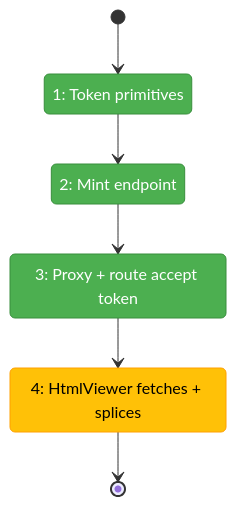
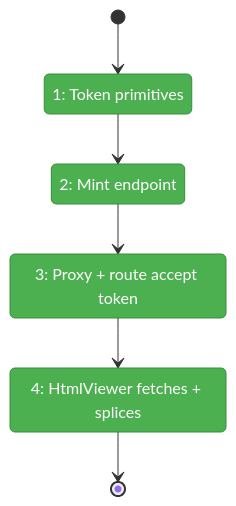
One commit to AI-Substrate/chainglass changed the first of 2 diagrams in docs/plans/084-random-enhancements-3/fixes/FX011-html-viewer-asset-token.fltplan.md. Above: the diagram before and after it, drawn with Mermaid. The commit also changed other lines of this file and 4 other files, not shown here.

````diff
--- a/docs/plans/084-random-enhancements-3/fixes/FX011-html-viewer-asset-token.fltplan.md
+++ b/docs/plans/084-random-enhancements-3/fixes/FX011-html-viewer-asset-token.fltplan.md
@@ -31,21 +31,20 @@
 ```mermaid
 stateDiagram-v2
     classDef pending fill:#9E9E9E,stroke:#757575,color:#fff
     classDef active fill:#FFC107,stroke:#FFA000,color:#000
     classDef done fill:#4CAF50,stroke:#388E3C,color:#fff
     classDef blocked fill:#F44336,stroke:#D32F2F,color:#fff
 
     state "1: Token primitives" as S1
     state "2: Mint endpoint" as S2
     state "3: Proxy + route accept token" as S3
     state "4: HtmlViewer fetches + splices" as S4
 
     [*] --> S1
     S1 --> S2
     S2 --> S3
     S3 --> S4
     S4 --> [*]
 
-    class S1,S2,S3 done
-    class S4 active
+    class S1,S2,S3,S4 done
 ```
````
